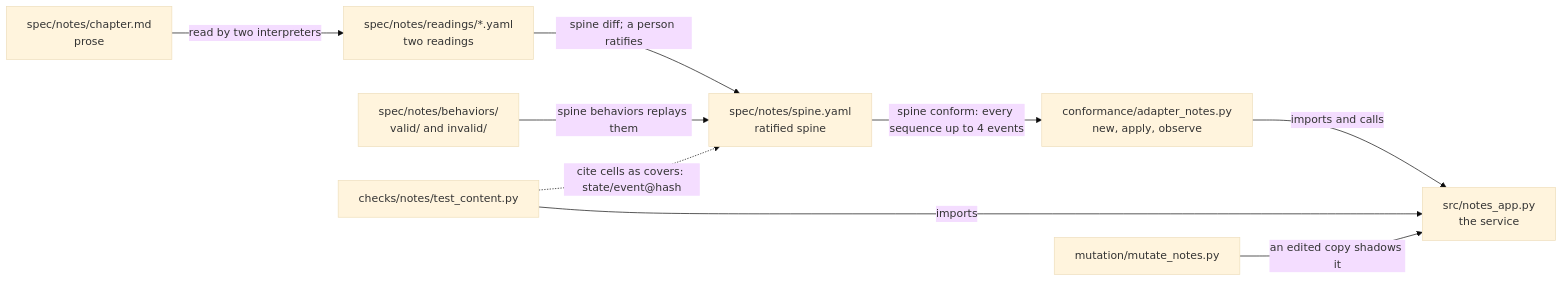
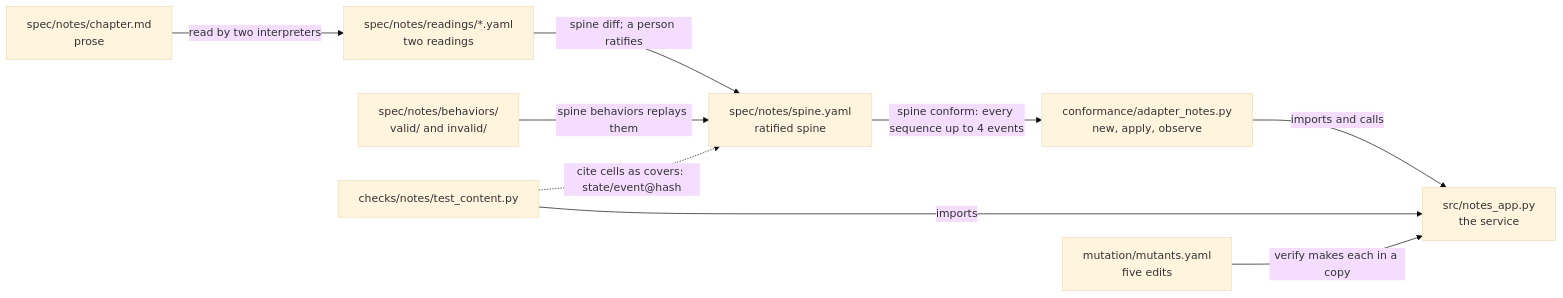
One commit to 23min/verifier-kit changed the third of 7 diagrams in docs/architecture.md. Above: the diagram before and after it, drawn with Mermaid (base theme). The commit also changed other lines of this file and 23 other files, not shown here.

First line of the commit message:
feat(verify): make the mutants listed in mutation/mutants.yaml, so no example writes its own mutation loop

````diff
--- a/docs/architecture.md
+++ b/docs/architecture.md
@@ -117,19 +116,19 @@
 ```mermaid
 flowchart LR
   chapter["spec/notes/chapter.md<br/>prose"]
   readings["spec/notes/readings/*.yaml<br/>two readings"]
   spineY["spec/notes/spine.yaml<br/>ratified spine"]
   behav["spec/notes/behaviors/<br/>valid/ and invalid/"]
   adapter["conformance/adapter_notes.py<br/>new, apply, observe"]
   app["src/notes_app.py<br/>the service"]
   checks["checks/notes/test_content.py"]
-  mutate["mutation/mutate_notes.py"]
+  mutate["mutation/mutants.yaml<br/>five edits"]
   chapter -->|"read by two interpreters"| readings
   readings -->|"spine diff; a person ratifies"| spineY
   behav -->|"spine behaviors replays them"| spineY
   spineY -->|"spine conform: every sequence up to 4 events"| adapter
   adapter -->|"imports and calls"| app
   checks -->|"imports"| app
   checks -.->|"cite cells as covers: state/event@hash"| spineY
-  mutate -->|"an edited copy shadows it"| app
+  mutate -->|"verify makes each in a copy"| app
 ```
````
